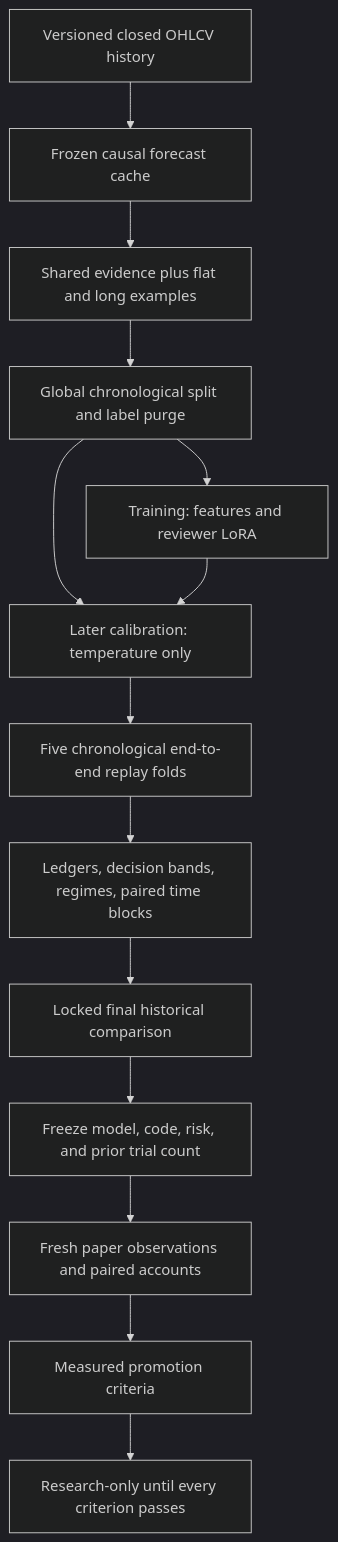
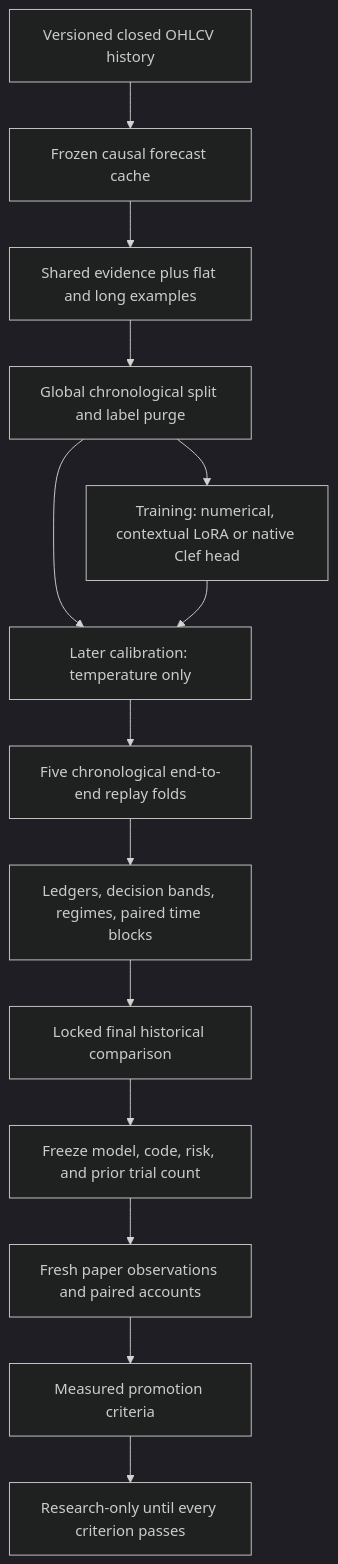
The diagram in docs/research-workflow.md (ar4ft/trade-harness), drawn with Mermaid (dark theme) before and after one commit. The commit also changed other lines of this file and 39 other files, not shown here.

First line of the commit message:
Add matched trading evidence, native Clef training and operational scorecards

````diff
--- a/docs/research-workflow.md
+++ b/docs/research-workflow.md
@@ -5,16 +5,16 @@
 ```mermaid
 flowchart TD
     History["Versioned closed OHLCV history"] --> Forecast["Frozen causal forecast cache"]
     Forecast --> Examples["Shared evidence plus flat and long examples"]
     Examples --> Split["Global chronological split and label purge"]
-    Split --> Train["Training: features and reviewer LoRA"]
+    Split --> Train["Training: numerical, contextual LoRA or native Clef head"]
     Split --> Calibrate["Later calibration: temperature only"]
     Train --> Calibrate
     Calibrate --> Validation["Five chronological end-to-end replay folds"]
     Validation --> Audit["Ledgers, decision bands, regimes, paired time blocks"]
     Audit --> Test["Locked final historical comparison"]
     Test --> Declaration["Freeze model, code, risk, and prior trial count"]
     Declaration --> Forward["Fresh paper observations and paired accounts"]
     Forward --> Acceptance["Measured promotion criteria"]
     Acceptance --> Research["Research-only until every criterion passes"]
 ```
````
